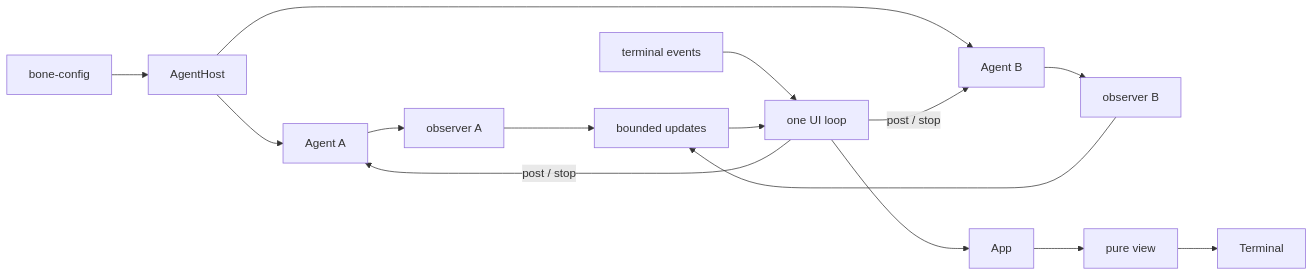
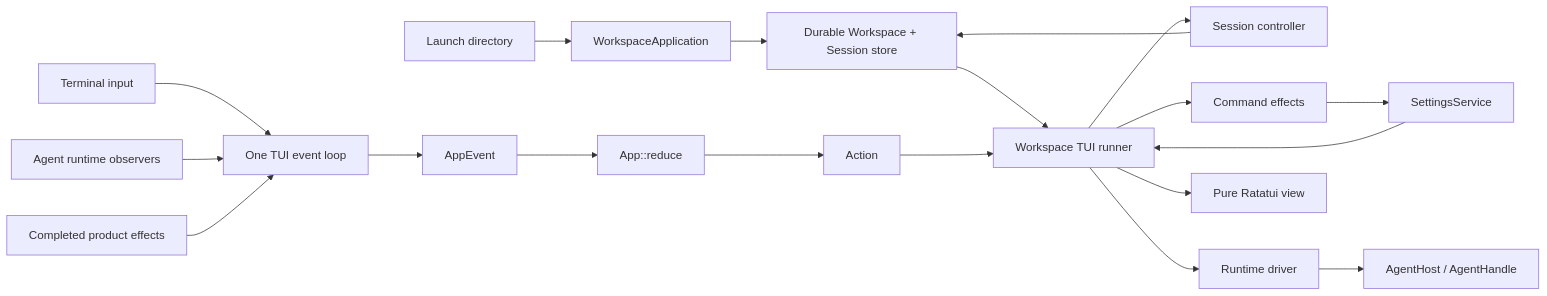
Before and after one commit to frelion/bone: the diagram in docs/tui-architecture.md, drawn with Mermaid. The commit also changed other lines of this file and 43 other files, not shown here.

Commit message:
feat(app): add durable workspace TUI

````diff
--- a/docs/tui-architecture.md
+++ b/docs/tui-architecture.md
@@ -33,17 +52,23 @@
 ```mermaid
 flowchart LR
-    Config[bone-config] --> Host[AgentHost]
-    Host --> A[Agent A]
-    Host --> B[Agent B]
-    A --> OA[observer A]
-    B --> OB[observer B]
-    OA --> Q[bounded updates]
-    OB --> Q
-    Keys[terminal events] --> Loop[one UI loop]
-    Q --> Loop
-    Loop --> State[App]
-    State --> View[pure view]
-    View --> Terminal
-    Loop -->|post / stop| A
-    Loop -->|post / stop| B
+    Directory[Launch directory] --> Bootstrap[WorkspaceApplication]
+    Bootstrap --> Durable[Durable Workspace + Session store]
+    Settings[SettingsService] --> Shell[Workspace TUI runner]
+    Durable --> Shell
+
+    Keys[Terminal input] --> Loop[One TUI event loop]
+    Runtime[Agent runtime observers] --> Loop
+    Effects[Completed product effects] --> Loop
+
+    Loop --> Event[AppEvent]
+    Event --> Reducer[App::reduce]
+    Reducer --> Action[Action]
+    Action --> Shell
+    Shell --> Controller[Session controller]
+    Shell --> Commands[Command effects]
+    Shell --> Driver[Runtime driver]
+    Controller --> Durable
+    Commands --> Settings
+    Driver --> AgentHost[AgentHost / AgentHandle]
+    Shell --> Render[Pure Ratatui view]
 ```
````
